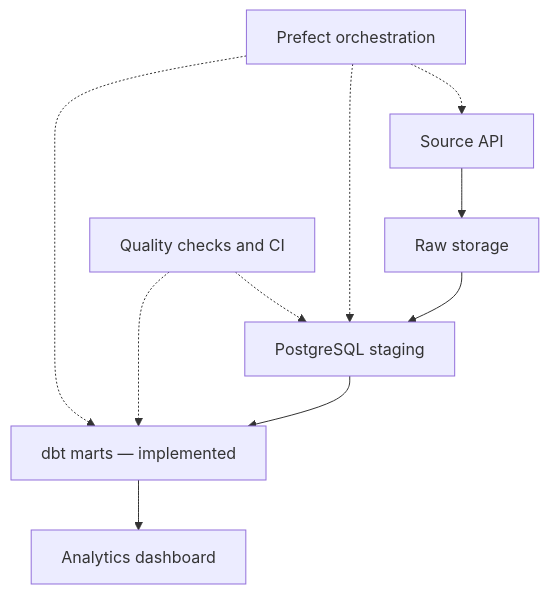
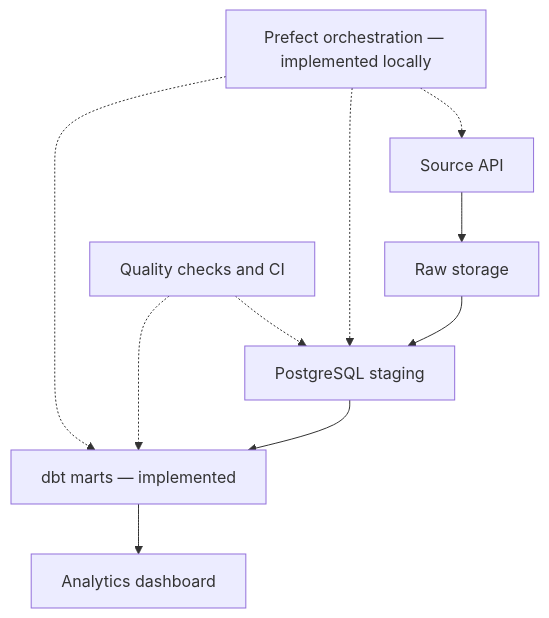
Before and after one commit to Neloy4321/DataForge-360: the second of 2 diagrams in docs/ARCHITECTURE.md, drawn with Mermaid. The commit also changed other lines of this file and 9 other files, not shown here.

First line of the commit message:
Phase 4: Prefect orchestration with verified end-to-end acceptance

````diff
--- a/docs/ARCHITECTURE.md
+++ b/docs/ARCHITECTURE.md
@@ -64,12 +77,12 @@
 ```mermaid
 flowchart TD
     A[Source API] --> B[Raw storage]
     B --> C[PostgreSQL staging]
     C --> D[dbt marts — implemented]
     D --> E[Analytics dashboard]
-    F[Prefect orchestration] -.-> A
+    F[Prefect orchestration — implemented locally] -.-> A
     F -.-> C
     F -.-> D
     G[Quality checks and CI] -.-> C
     G -.-> D
 ```
````
